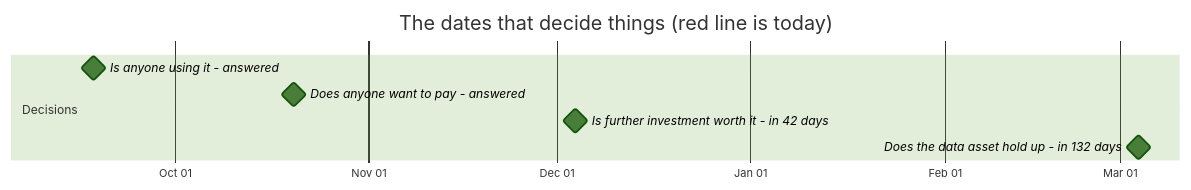
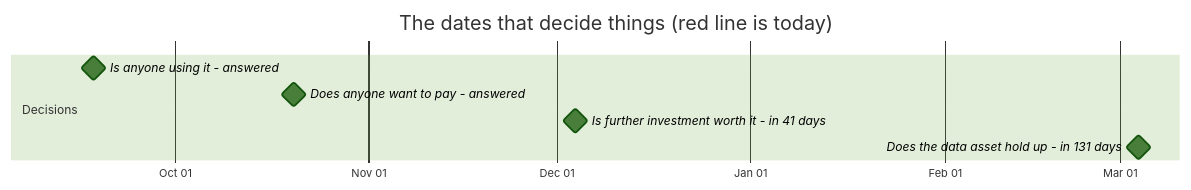
Before and after one commit to jakegu1/vetagent: the first of 2 diagrams in docs/OWNER.md, drawn with Mermaid (forest theme). The commit also changed other lines of this file, not shown here.

````diff
--- a/docs/OWNER.md
+++ b/docs/OWNER.md
@@ -67,12 +67,12 @@
 ```mermaid
 gantt
     dateFormat YYYY-MM-DD
     axisFormat %b %d
     todayMarker stroke-width:3px,stroke:#d33,stroke-dasharray:0
     title The dates that decide things (red line is today)
     section Decisions
     Is anyone using it - answered :milestone, 2026-09-18, 0d
     Does anyone want to pay - answered :milestone, 2026-10-20, 0d
-    Is further investment worth it - in 42 days :milestone, 2026-12-04, 0d
-    Does the data asset hold up - in 132 days :milestone, 2027-03-04, 0d
+    Is further investment worth it - in 41 days :milestone, 2026-12-04, 0d
+    Does the data asset hold up - in 131 days :milestone, 2027-03-04, 0d
 ```
````
